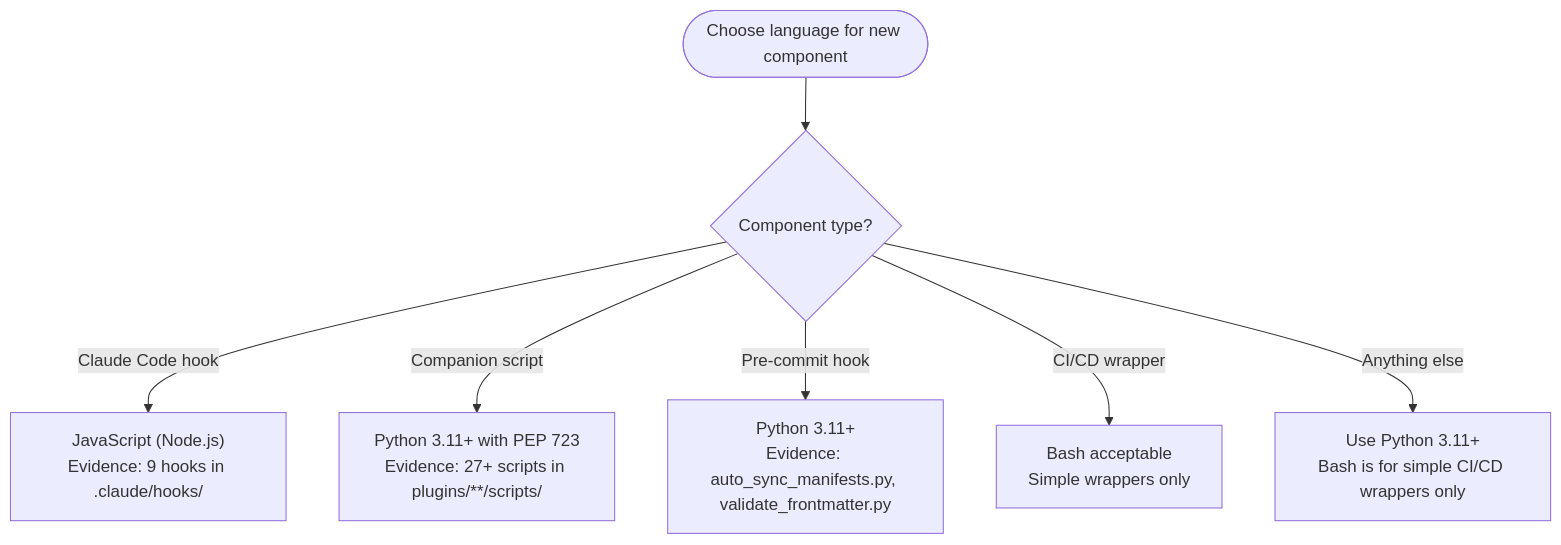
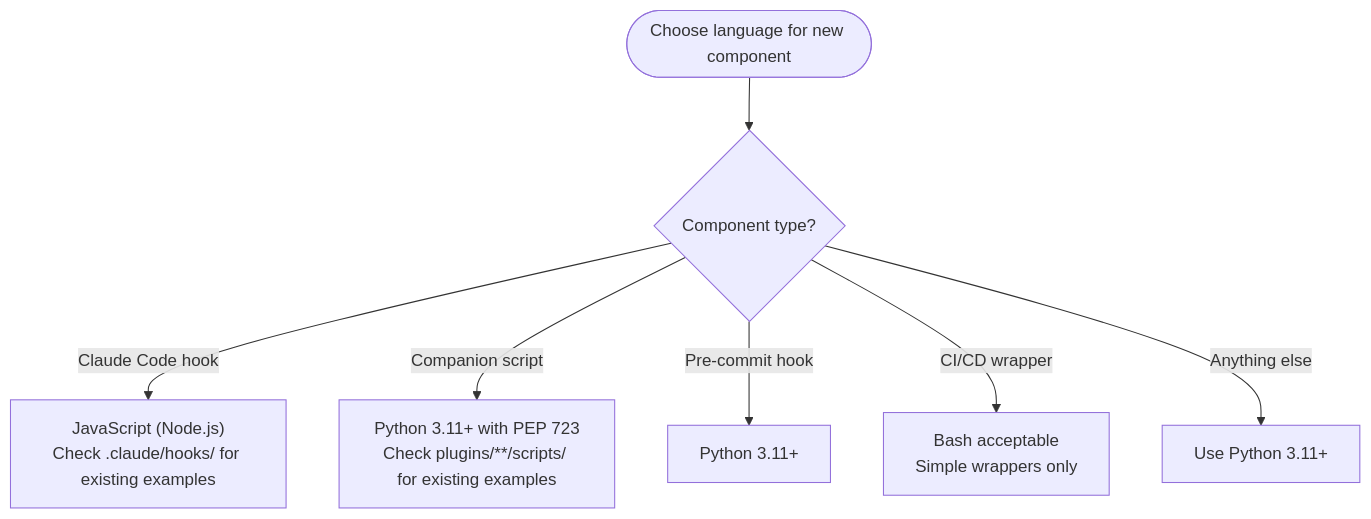
One commit to chgreer1070/claude_skills changed the diagram in .claude/rules/language-conventions.md. Above: the diagram before and after it, drawn with Mermaid. The commit also changed other lines of this file and 28 other files, not shown here.

````diff
--- a/.claude/rules/language-conventions.md
+++ b/.claude/rules/language-conventions.md
@@ -12,9 +12,9 @@
 ```mermaid
 flowchart TD
     Start([Choose language for new component]) --> Q{Component type?}
-    Q -->|Claude Code hook| JS["JavaScript (Node.js)<br>Evidence: 9 hooks in .claude/hooks/"]
-    Q -->|Companion script| PY["Python 3.11+ with PEP 723<br>Evidence: 27+ scripts in plugins/**/scripts/"]
-    Q -->|Pre-commit hook| PY2["Python 3.11+<br>Evidence: auto_sync_manifests.py, validate_frontmatter.py"]
+    Q -->|Claude Code hook| JS["JavaScript (Node.js)<br>Check .claude/hooks/ for existing examples"]
+    Q -->|Companion script| PY["Python 3.11+ with PEP 723<br>Check plugins/**/scripts/ for existing examples"]
+    Q -->|Pre-commit hook| PY2["Python 3.11+"]
     Q -->|CI/CD wrapper| Bash["Bash acceptable<br>Simple wrappers only"]
-    Q -->|Anything else| UsePY["Use Python 3.11+<br>Bash is for simple CI/CD wrappers only"]
+    Q -->|Anything else| UsePY["Use Python 3.11+"]
 ```
````
